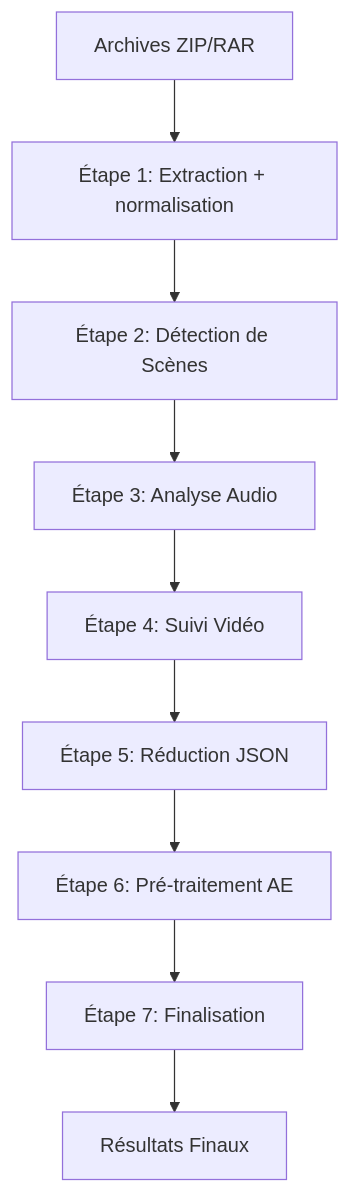
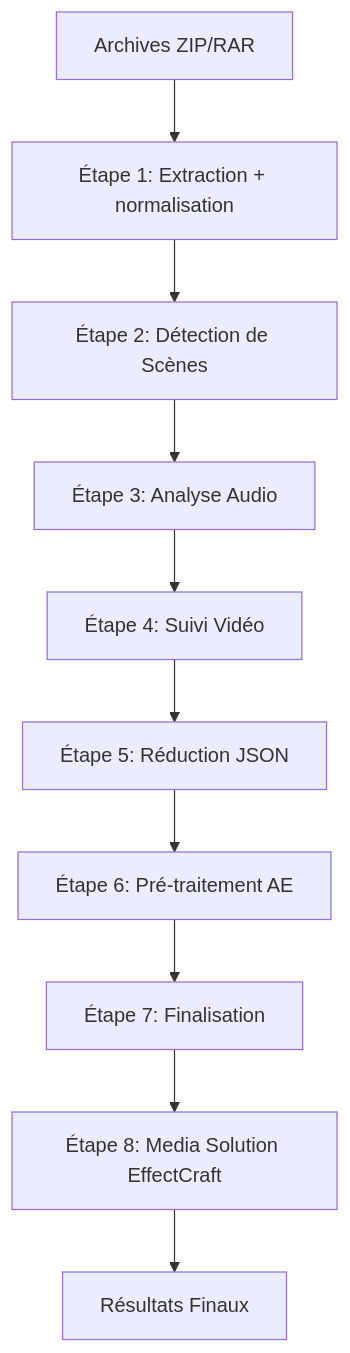
Before and after one commit to ki2pixel/workflow_mediapipe: the diagram in docs/workflow/core/architecture.md, drawn with Mermaid. The commit also changed other lines of this file and 52 other files, not shown here.

First line of the commit message:
feat(step8): automate EffectCraft project generation

````diff
--- a/docs/workflow/core/architecture.md
+++ b/docs/workflow/core/architecture.md
@@ -13,11 +13,12 @@
 ```mermaid
 graph TD
     A[Archives ZIP/RAR] --> B[Étape 1: Extraction + normalisation]
     B --> D[Étape 2: Détection de Scènes]
     D --> E[Étape 3: Analyse Audio]
     E --> F[Étape 4: Suivi Vidéo]
     F --> G[Étape 5: Réduction JSON]
     G --> H[Étape 6: Pré-traitement AE]
     H --> I[Étape 7: Finalisation]
-    I --> J[Résultats Finaux]
+    I --> J[Étape 8: Media Solution EffectCraft]
+    J --> K[Résultats Finaux]
 ```
````
